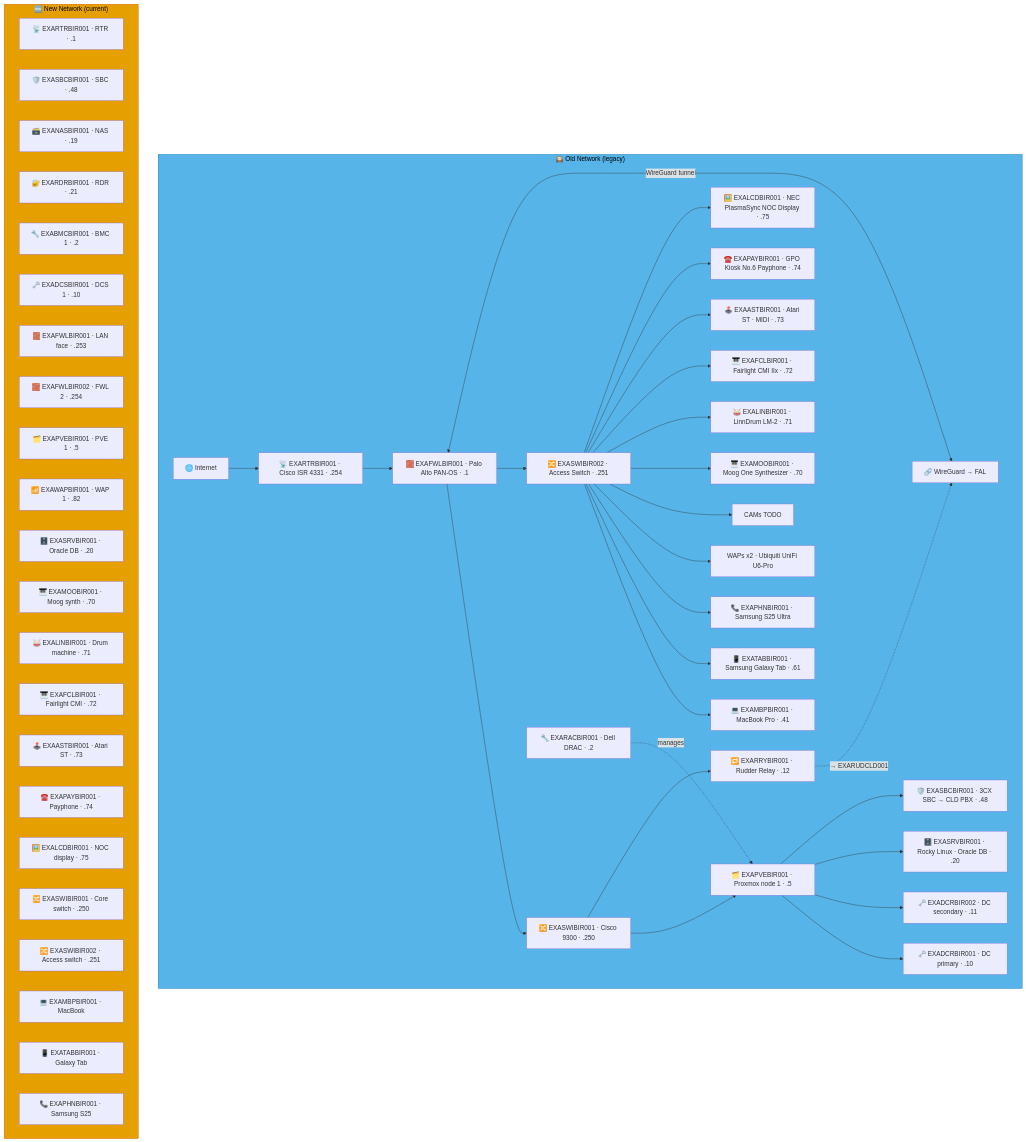
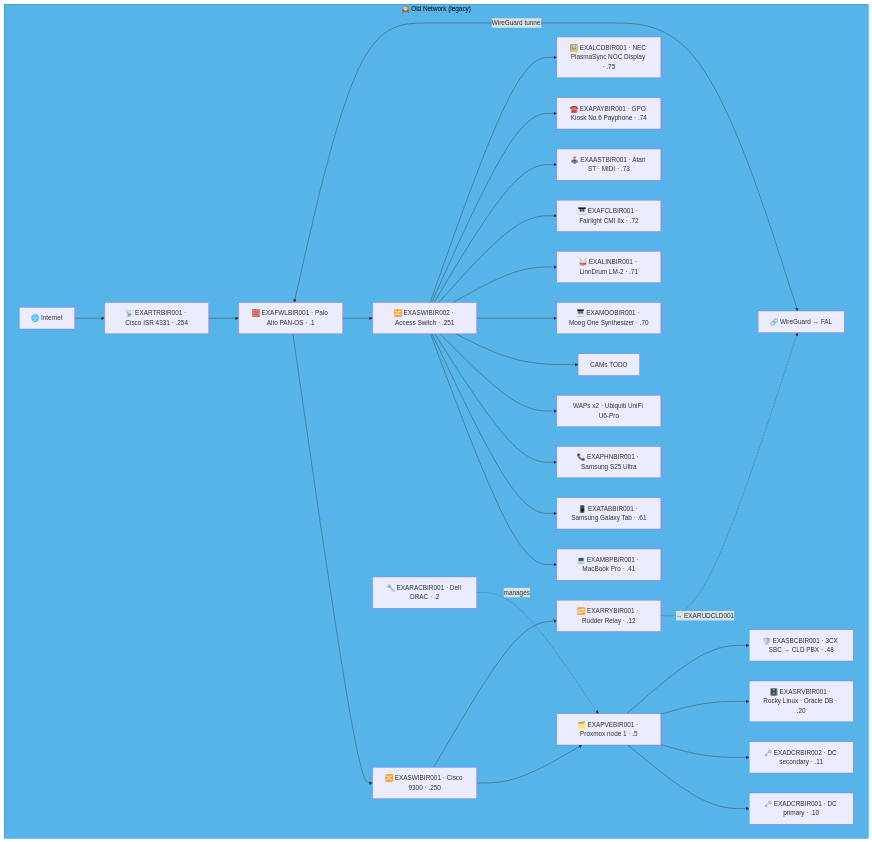
One commit to knightmare2600/example_music_infra changed the third of 18 diagrams in docs/network-diagram/england.md. Above: the diagram before and after it, drawn with Mermaid. The commit also changed other lines of this file and 35 other files, not shown here.

````diff
--- a/docs/network-diagram/england.md
+++ b/docs/network-diagram/england.md
@@ -78,67 +103,40 @@
 ```mermaid
 graph TD
     subgraph OLD_BIR ["🕰️ Old Network (legacy)"]
       INET["🌐 Internet"]
       FWL["🧱 EXAFWLBIR001 · Palo Alto PAN-OS · .1"]
       SW1["🔀 EXASWIBIR001 · Cisco 9300 · .250"]
       SW2["🔀 EXASWIBIR002 · Access Switch · .251"]
       RTR["📡 EXARTRBIR001 · Cisco ISR 4331 · .254"]
       RAC["🔧 EXARACBIR001 · Dell DRAC · .2"]
       PVE["🗂️ EXAPVEBIR001 · Proxmox node 1 · .5"]
       DC1["🗝️ EXADCRBIR001 · DC primary · .10"]
       DC2["🗝️ EXADCRBIR002 · DC secondary · .11"]
       SRV["🗄️ EXASRVBIR001 · Rocky Linux · Oracle DB · .20"]
       SBC["🛡️ EXASBCBIR001 · 3CX SBC → CLD PBX · .48"]
       RRY["🔁 EXARRYBIR001 · Rudder Relay · .12"]
       MBP["💻 EXAMBPBIR001 · MacBook Pro · .41"]
       TAB["📱 EXATABBIR001 · Samsung Galaxy Tab · .61"]
       PHN["📞 EXAPHNBIR001 · Samsung S25 Ultra"]
       WAP["WAPs x2 · Ubiquiti UniFi U6-Pro"]
       CAM["CAMs TODO"]
       MOO["🎹 EXAMOOBIR001 · Moog One Synthesizer · .70"]
       LIN["🥁 EXALINBIR001 · LinnDrum LM-2 · .71"]
       FCL["🎹 EXAFCLBIR001 · Fairlight CMI IIx · .72"]
       AST["🕹️ EXAASTBIR001 · Atari ST · MIDI · .73"]
       PAY["☎️ EXAPAYBIR001 · GPO Kiosk No.6 Payphone · .74"]
       LCD["🖼️ EXALCDBIR001 · NEC PlasmaSync NOC Display · .75"]
       VPN["🔗 WireGuard → FAL"]
 
       INET --> RTR --> FWL --> SW1 & SW2
       SW1 --> PVE --> DC1 & DC2 & SRV & SBC
       RAC -.->|"manages"| PVE
       SW2 --> MBP & TAB & PHN & WAP & CAM
       SW2 --> MOO & LIN & FCL & AST & PAY & LCD
       FWL <-->|"WireGuard tunnel"| VPN
 
       SW1 --> RRY
       RRY -. "→ EXARUDCLD001" .-> VPN
     end
     style OLD_BIR fill:#56B4E9,stroke:#0072B2,color:#000000
-    %% GENERATED:NEW-NETWORK:BIR:START
-    subgraph NEW_BIR ["🆕 New Network (current)"]
-      N_RTR["📡 EXARTRBIR001 · RTR · .1"]
-      N_SBC["🛡️ EXASBCBIR001 · SBC · .48"]
-      N_NAS["🗃️ EXANASBIR001 · NAS · .19"]
-      N_RDR["🔐 EXARDRBIR001 · RDR · .21"]
-      N_BMC["🔧 EXABMCBIR001 · BMC 1 · .2"]
-      N_DCS["🗝️ EXADCSBIR001 · DCS 1 · .10"]
-      N_FWL["🧱 EXAFWLBIR001 · LAN face · .253"]
-      N_FWL2["🧱 EXAFWLBIR002 · FWL 2 · .254"]
-      N_PVE["🗂️ EXAPVEBIR001 · PVE 1 · .5"]
-      N_WAP["📶 EXAWAPBIR001 · WAP 1 · .82"]
-      N_SRV["🗄️ EXASRVBIR001 · Oracle DB · .20"]
-      N_MOO["🎹 EXAMOOBIR001 · Moog synth · .70"]
-      N_LIN["🥁 EXALINBIR001 · Drum machine · .71"]
-      N_FCL["🎹 EXAFCLBIR001 · Fairlight CMI · .72"]
-      N_AST["🕹️ EXAASTBIR001 · Atari ST · .73"]
-      N_PAY["☎️ EXAPAYBIR001 · Payphone · .74"]
-      N_LCD["🖼️ EXALCDBIR001 · NOC display · .75"]
-      N_SWI["🔀 EXASWIBIR001 · Core switch · .250"]
-      N_SWI2["🔀 EXASWIBIR002 · Access switch · .251"]
-      N_MBP["💻 EXAMBPBIR001 · MacBook"]
-      N_TAB["📱 EXATABBIR001 · Galaxy Tab"]
-      N_PHN["📞 EXAPHNBIR001 · Samsung S25"]
-    end
-    style NEW_BIR fill:#E69F00,stroke:#D55E00,color:#000000
-    %% GENERATED:NEW-NETWORK:BIR:END
 ```
````
